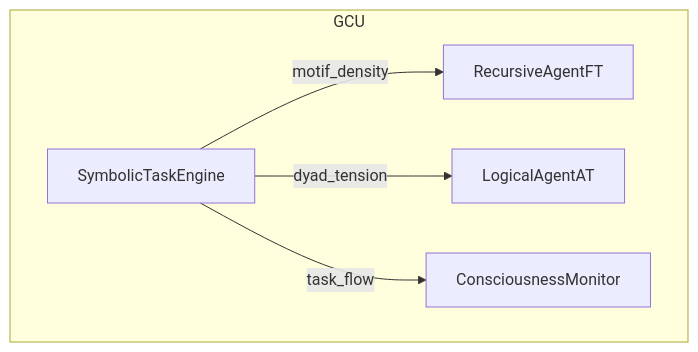
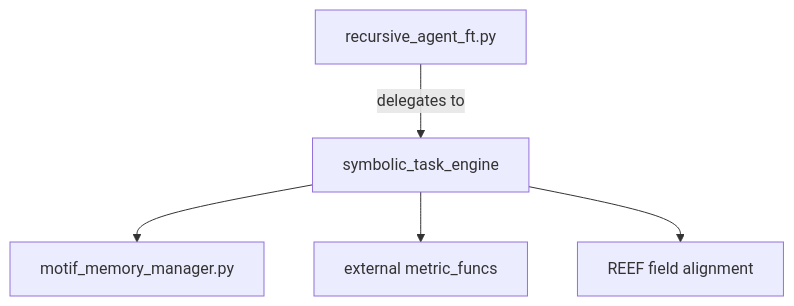
One commit to LinaNoor-AGI/Noor_Core changed the second of 2 diagrams in symbolic_task_engine/README.MD. Above: the diagram before and after it, drawn with Mermaid. The commit also changed other lines of this file, not shown here.

````diff
--- a/symbolic_task_engine/README.MD
+++ b/symbolic_task_engine/README.MD
@@ -127,8 +88,7 @@
 ```mermaid
-graph TD
-  subgraph GCU
-    E[SymbolicTaskEngine] -->|motif_density| RAFT[RecursiveAgentFT]
-    E -->|dyad_tension| LAT[LogicalAgentAT]
-    E -->|task_flow| CM[ConsciousnessMonitor]
-  end
+graph TD;
+  A[recursive_agent_ft.py] -->|delegates to| B[symbolic_task_engine]
+  B --> C[motif_memory_manager.py]
+  B --> D[external metric_funcs]
+  B --> E[REEF field alignment]
 ```
````
